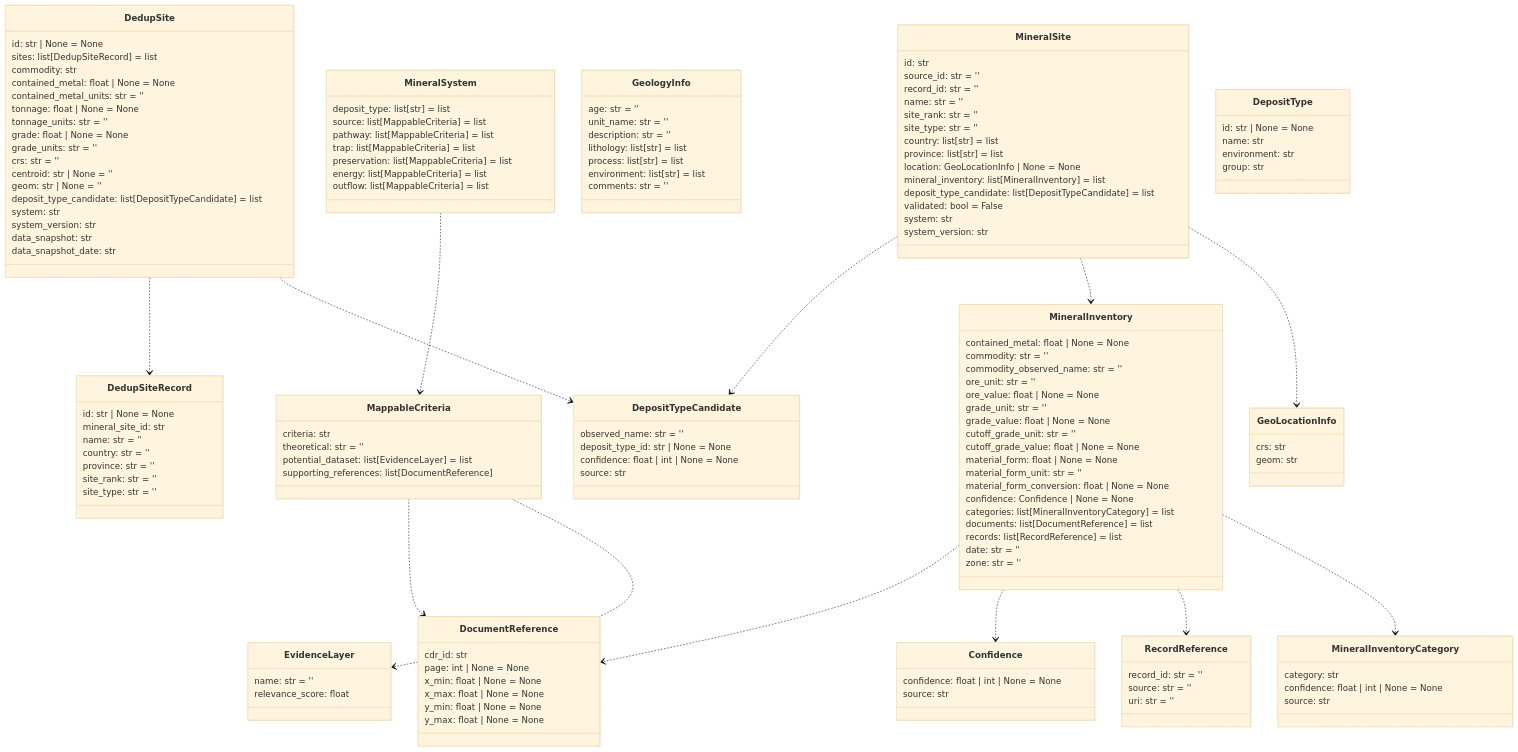
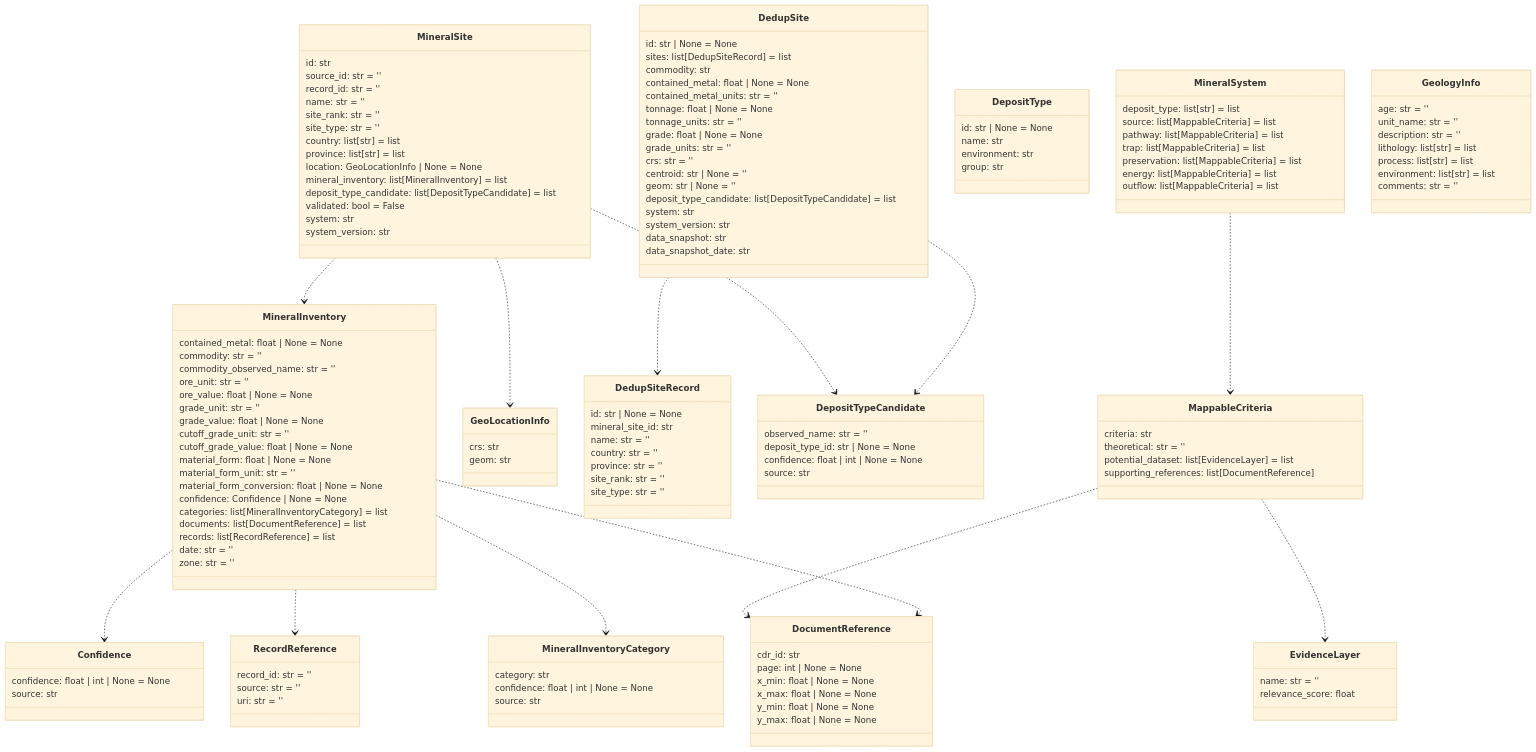
The tenth of 14 diagrams in README.md (DARPA-CRITICALMAAS/cdr_schemas), drawn with Mermaid (base theme) before and after one commit. The commit also changed other lines of this file and 1 other file, not shown here.

````diff
--- a/README.md
+++ b/README.md
@@ -766,12 +766,5 @@
 ```mermaid
 classDiagram
-
-    class DepositTypeCandidate {
-        observed_name: str = ''
-        deposit_type_id: str | None = None
-        confidence: float | int | None = None
-        source: str
-    }
 
     class MineralInventory {
         contained_metal: float | None = None
@@ -794,24 +787,15 @@
         zone: str = ''
     }
 
-    class Confidence {
-        confidence: float | int | None = None
-        source: str
+    class RecordReference {
+        record_id: str = ''
+        source: str = ''
+        uri: str = ''
     }
 
-    class DocumentReference {
-        cdr_id: str
-        page: int | None = None
-        x_min: float | None = None
-        x_max: float | None = None
-        y_min: float | None = None
-        y_max: float | None = None
-    }
-
-    class MineralInventoryCategory {
-        category: str
-        confidence: float | int | None = None
-        source: str
+    class GeoLocationInfo {
+        crs: str
+        geom: str
     }
 
     class DedupSiteRecord {
@@ -822,6 +806,18 @@
         province: str = ''
         site_rank: str = ''
         site_type: str = ''
+    }
+
+    class DepositTypeCandidate {
+        observed_name: str = ''
+        deposit_type_id: str | None = None
+        confidence: float | int | None = None
+        source: str
+    }
+
+    class Confidence {
+        confidence: float | int | None = None
+        source: str
     }
 
     class DedupSite {
@@ -844,9 +840,34 @@
         data_snapshot_date: str
     }
 
-    class EvidenceLayer {
+    class MineralSite {
+        id: str
+        source_id: str = ''
+        record_id: str = ''
         name: str = ''
-        relevance_score: float
+        site_rank: str = ''
+        site_type: str = ''
+        country: list[str] = list
+        province: list[str] = list
+        location: GeoLocationInfo | None = None
+        mineral_inventory: list[MineralInventory] = list
+        deposit_type_candidate: list[DepositTypeCandidate] = list
+        validated: bool = False
+        system: str
+        system_version: str
+    }
+
+    class MineralInventoryCategory {
+        category: str
+        confidence: float | int | None = None
+        source: str
+    }
+
+    class DepositType {
+        id: str | None = None
+        name: str
+        environment: str
+        group: str
     }
 
     class MineralSystem {
@@ -869,33 +890,13 @@
         comments: str = ''
     }
 
-    class GeoLocationInfo {
-        crs: str
-        geom: str
-    }
-
-    class MineralSite {
-        id: str
-        source_id: str = ''
-        record_id: str = ''
-        name: str = ''
-        site_rank: str = ''
-        site_type: str = ''
-        country: list[str] = list
-        province: list[str] = list
-        location: GeoLocationInfo | None = None
-        mineral_inventory: list[MineralInventory] = list
-        deposit_type_candidate: list[DepositTypeCandidate] = list
-        validated: bool = False
-        system: str
-        system_version: str
-    }
-
-    class DepositType {
-        id: str | None = None
-        name: str
-        environment: str
-        group: str
+    class DocumentReference {
+        cdr_id: str
+        page: int | None = None
+        x_min: float | None = None
+        x_max: float | None = None
+        y_min: float | None = None
+        y_max: float | None = None
     }
 
     class MappableCriteria {
@@ -905,22 +906,21 @@
         supporting_references: list[DocumentReference]
     }
 
-    class RecordReference {
-        record_id: str = ''
-        source: str = ''
-        uri: str = ''
+    class EvidenceLayer {
+        name: str = ''
+        relevance_score: float
     }
 
     MappableCriteria ..> EvidenceLayer
     MappableCriteria ..> DocumentReference
     MineralSystem ..> MappableCriteria
+    MineralInventory ..> Confidence
+    MineralInventory ..> RecordReference
     MineralInventory ..> MineralInventoryCategory
-    MineralInventory ..> RecordReference
-    MineralInventory ..> Confidence
     MineralInventory ..> DocumentReference
+    MineralSite ..> DepositTypeCandidate
+    MineralSite ..> MineralInventory
     MineralSite ..> GeoLocationInfo
-    MineralSite ..> MineralInventory
-    MineralSite ..> DepositTypeCandidate
     DedupSite ..> DepositTypeCandidate
     DedupSite ..> DedupSiteRecord
 
````
